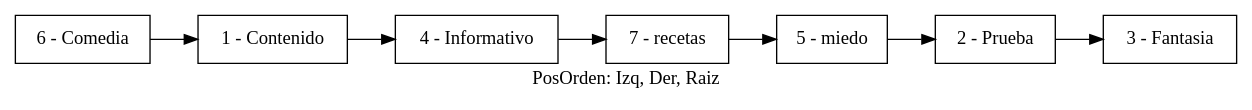
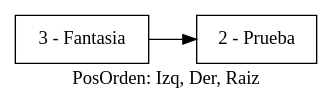
The diagram in EDD_Proyecto2/AVLTreePosOrden.dot (elJuanjoRamos/EDD_1S2020_PY2_201801262), drawn with Graphviz before and after one commit. The commit also changed 83 other files, not shown here.

```diff
--- a/EDD_Proyecto2/AVLTreePosOrden.dot
+++ b/EDD_Proyecto2/AVLTreePosOrden.dot
@@ -1,15 +1,5 @@
 digraph G {rankdir=LR;label="PosOrden: Izq, Der, Raiz";node[shape=box];
-nodo6 [ label ="6 - Comedia"];
-nodo1 [ label ="1 - Contenido"];
-nodo4 [ label ="4 - Informativo"];
-nodo7 [ label ="7 - recetas"];
-nodo5 [ label ="5 - miedo"];
+nodo3 [ label ="3 - Fantasia"];
 nodo2 [ label ="2 - Prueba"];
-nodo3 [ label ="3 - Fantasia"];
-nodo6-> nodo1
-nodo1-> nodo4
-nodo4-> nodo7
-nodo7-> nodo5
-nodo5-> nodo2
-nodo2-> nodo3
+nodo3-> nodo2
 }
```
